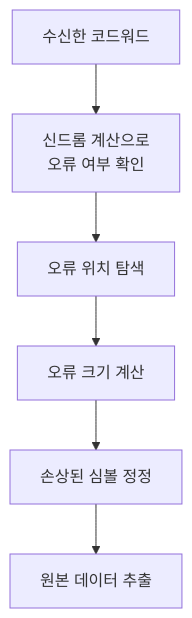
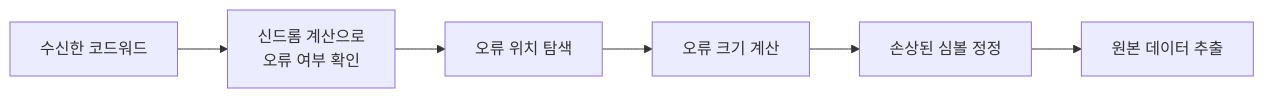
The diagram in content/posts/2026/11/01/03-damaged-watermark-recovery/index.md (DSeung001/dseung001.github.io), drawn with Mermaid before and after one commit. The commit also changed other lines of this file and 2 other files, not shown here.

````diff
--- a/content/posts/2026/11/01/03-damaged-watermark-recovery/index.md
+++ b/content/posts/2026/11/01/03-damaged-watermark-recovery/index.md
@@ -141,8 +141,8 @@
 ```mermaid
-flowchart TD
+flowchart LR
     recv["수신한 코드워드"] --> syndrome["신드롬 계산으로<br/>오류 여부 확인"]
     syndrome --> locate["오류 위치 탐색"]
     locate --> magnitude["오류 크기 계산"]
     magnitude --> correct["손상된 심볼 정정"]
     correct --> extract["원본 데이터 추출"]
 ```
````
